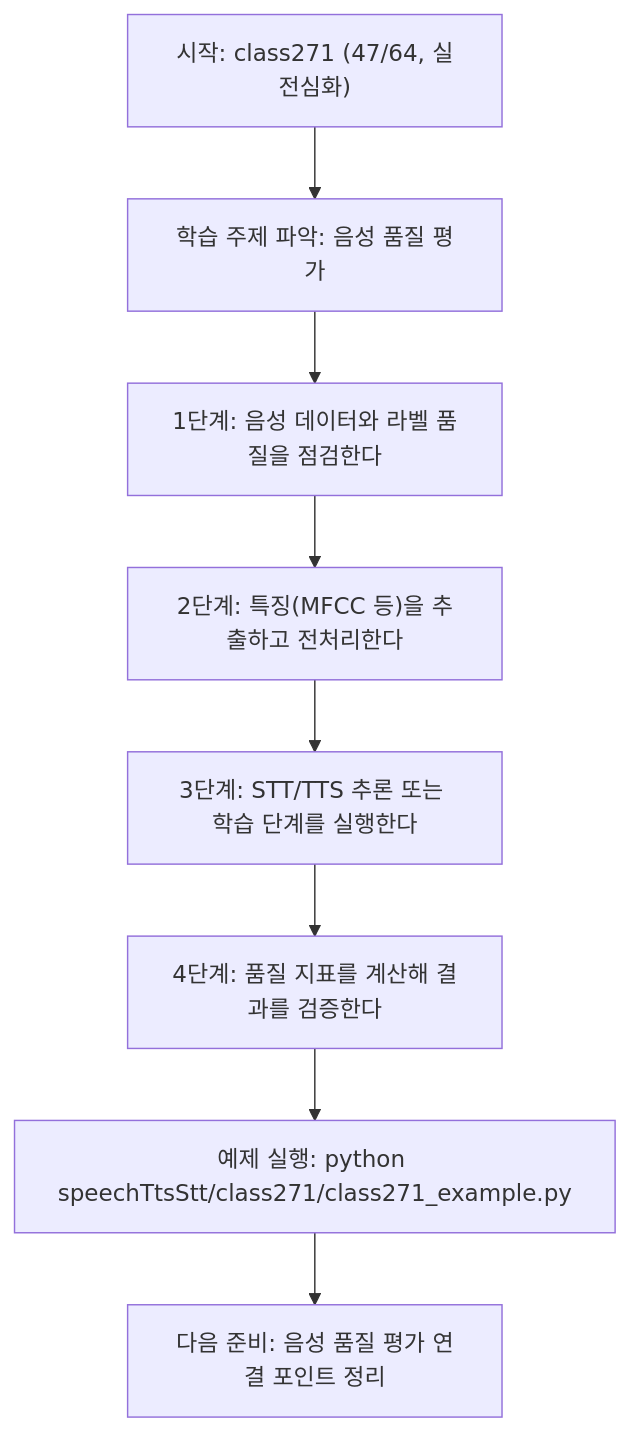
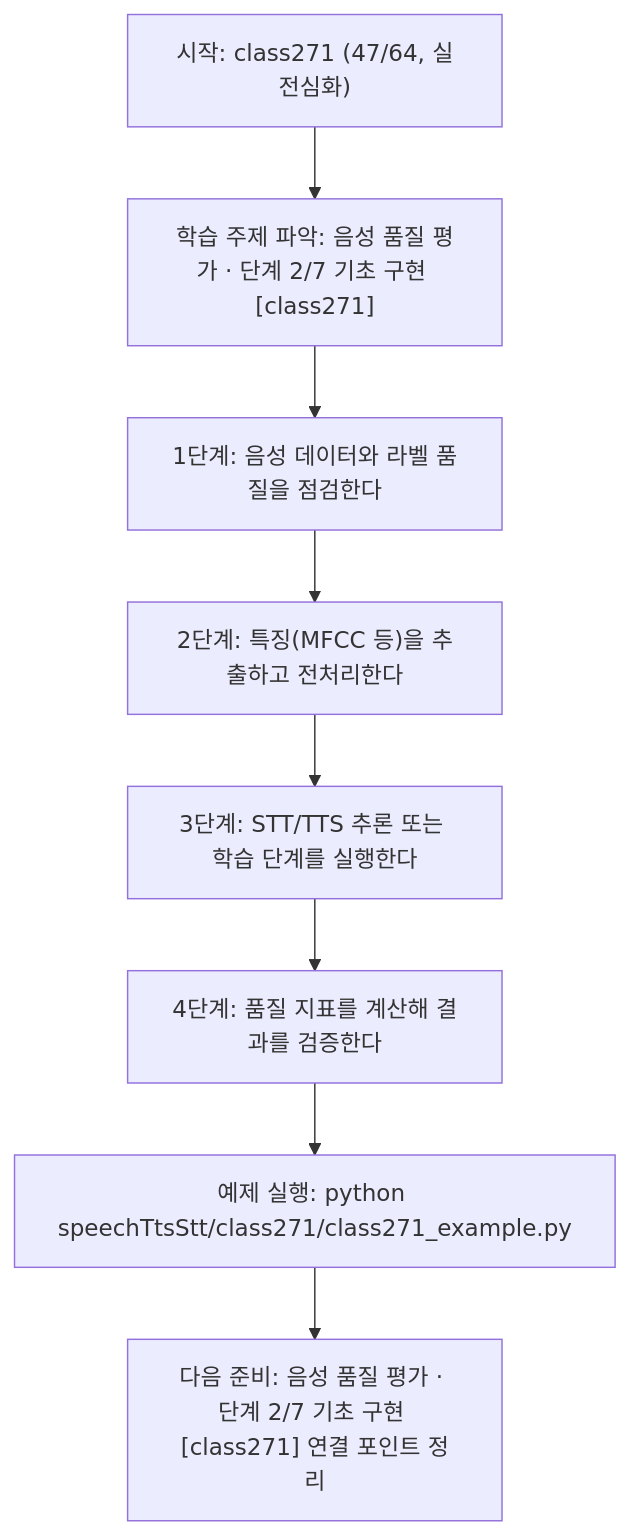
Before and after one commit to edumgt/Python-AI_Agent-Class: the diagram in speechTtsStt/class271/class271.md, drawn with Mermaid. The commit also changed other lines of this file and 522 other files, not shown here.

````diff
--- a/speechTtsStt/class271/class271.md
+++ b/speechTtsStt/class271/class271.md
@@ -113,18 +114,18 @@
 ```mermaid
 flowchart TD
 N1["시작: class271 (47/64, 실전심화)"]
-N2["학습 주제 파악: 음성 품질 평가"]
+N2["학습 주제 파악: 음성 품질 평가 · 단계 2/7 기초 구현 [class271]"]
 N3["1단계: 음성 데이터와 라벨 품질을 점검한다"]
 N4["2단계: 특징(MFCC 등)을 추출하고 전처리한다"]
 N5["3단계: STT/TTS 추론 또는 학습 단계를 실행한다"]
 N6["4단계: 품질 지표를 계산해 결과를 검증한다"]
 N7["예제 실행: python speechTtsStt/class271/class271_example.py"]
-N8["다음 준비: 음성 품질 평가 연결 포인트 정리"]
+N8["다음 준비: 음성 품질 평가 · 단계 2/7 기초 구현 [class271] 연결 포인트 정리"]
 N1 --> N2
 N2 --> N3
 N3 --> N4
 N4 --> N5
 N5 --> N6
 N6 --> N7
 N7 --> N8
 ```
````
